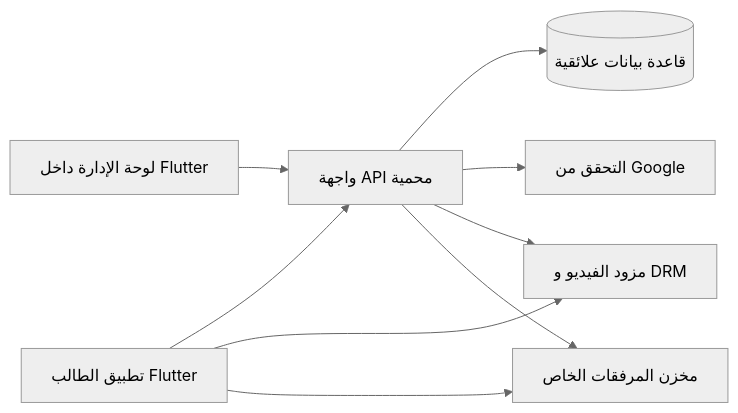
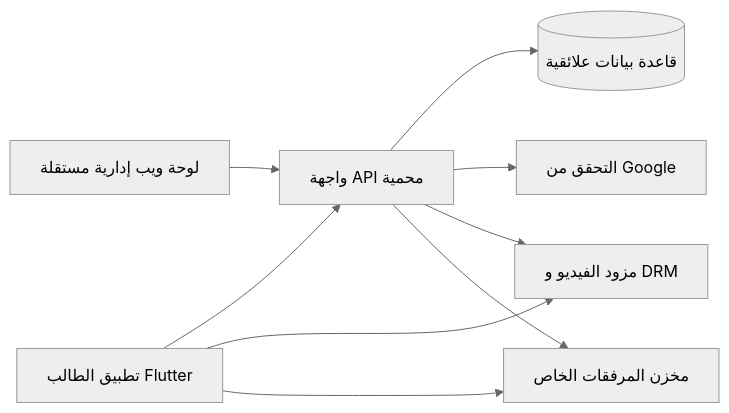
The diagram in plans/02-architecture.md (Mohamad-Adib-Tawil/CIT-Zone), drawn with Mermaid (neutral theme) before and after one commit. The commit also changed other lines of this file and 38 other files, not shown here.

````diff
--- a/plans/02-architecture.md
+++ b/plans/02-architecture.md
@@ -5,11 +5,11 @@
 ```mermaid
 flowchart LR
   S[تطبيق الطالب Flutter] --> API[واجهة API محمية]
-  A[لوحة الإدارة داخل Flutter] --> API
+  A[لوحة ويب إدارية مستقلة] --> API
   API --> DB[(قاعدة بيانات علائقية)]
   API --> ID[التحقق من Google]
   API --> M[مزود الفيديو و DRM]
   API --> F[مخزن المرفقات الخاص]
   S --> M
   S --> F
 ```
````
